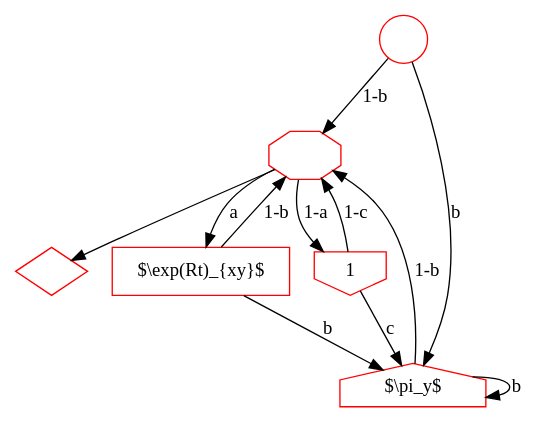
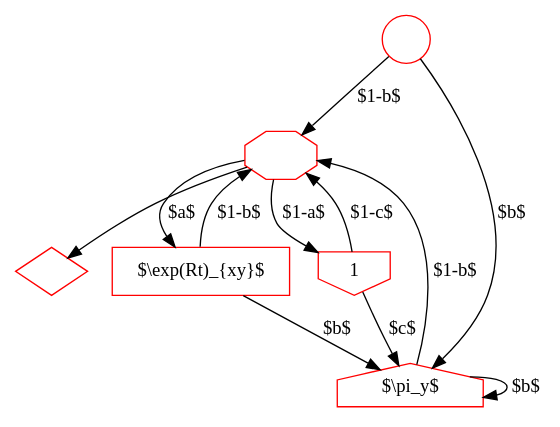
One commit to ihh/transducer-tutorial changed the diagram in tkf91.dot. Above: the diagram before and after it, drawn with Graphviz. The commit also changed 14 other files, not shown here.

```diff
--- a/tkf91.dot
+++ b/tkf91.dot
@@ -1,29 +1,29 @@
 digraph G {
 
     S [label="", shape=circle, color=red];
     E [label="", shape=diamond, color=red];
 
     W [label="", shape=octagon, color=red];
 
     I [label="$\\pi_y$", shape=house, color=red];
     M [label="$\\exp(Rt)_{xy}$", shape=rect, color=red];
     D [label="1", shape=invhouse, color=red];
 
-S->I [label=b];
-S->W [label="1-b"];
+S->I [label="$b$"];
+S->W [label="$1-b$"];
 
-M->I [label=b];
-M->W [label="1-b"];
+M->I [label="$b$"];
+M->W [label="$1-b$"];
 
-D->I [label=c];
-D->W [label="1-c"];
+D->I [label="$c$"];
+D->W [label="$1-c$"];
 
-I->I [label=b];
-I->W [label="1-b"];
+I->I [label="$b$"];
+I->W [label="$1-b$"];
 
 W->E;
-W->M [label=a];
-W->D [label="1-a"];
+W->M [label="$a$"];
+W->D [label="$1-a$"];
 
 
 }
```
